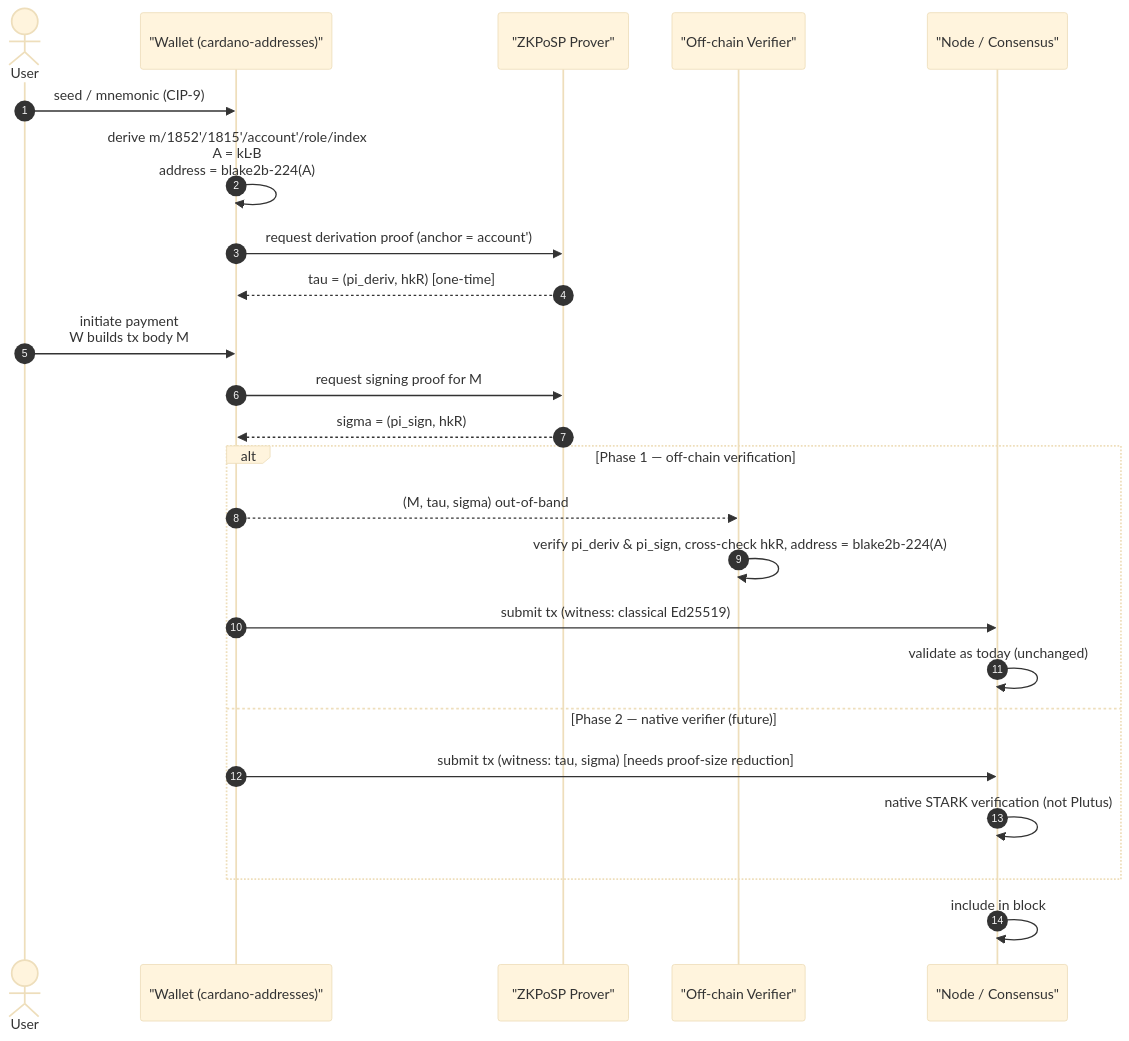
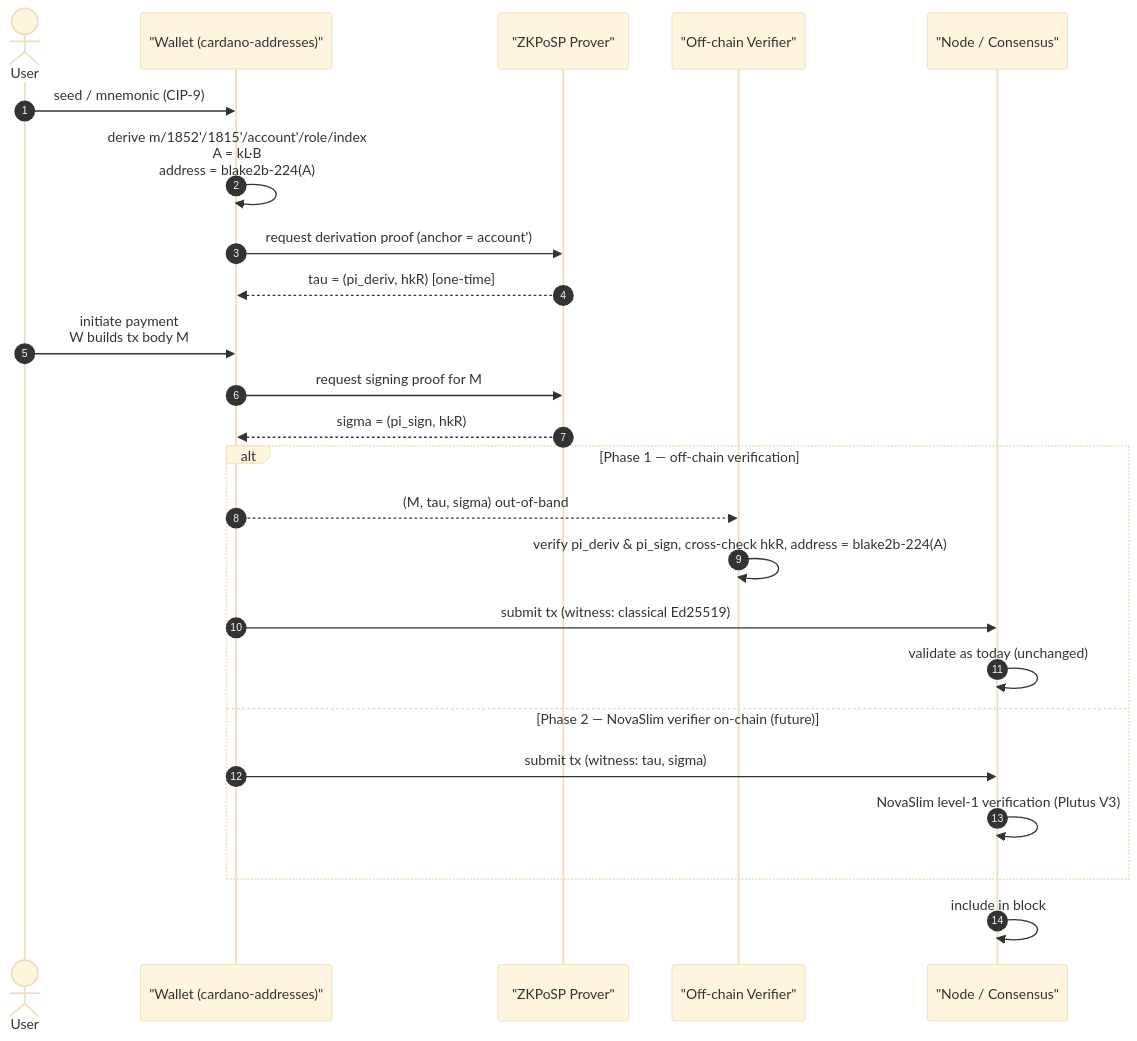
The diagram in CIP-0197/README.md (cardano-foundation/CIPs), drawn with Mermaid (base theme) before and after one commit. The commit also changed other lines of this file, not shown here.

````diff
--- a/CIP-0197/README.md
+++ b/CIP-0197/README.md
@@ -324,27 +360,27 @@
 ```mermaid
 sequenceDiagram
     autonumber
     actor U as User
     participant W as "Wallet (cardano-addresses)"
     participant P as "ZKPoSP Prover"
     participant V as "Off-chain Verifier"
     participant N as "Node / Consensus"
 
     U->>W: seed / mnemonic (CIP-9)
     W->>W: derive m/1852'/1815'/account'/role/index<br>A = kL·B<br>address = blake2b-224(A)
     W->>P: request derivation proof (anchor = account')
     P-->>W: tau = (pi_deriv, hkR)   [one-time]
     U->>W: initiate payment<br>W builds tx body M
     W->>P: request signing proof for M
     P-->>W: sigma = (pi_sign, hkR)
     alt Phase 1 — off-chain verification
         W-->>V: (M, tau, sigma) out-of-band
         V->>V: verify pi_deriv & pi_sign, cross-check hkR, address = blake2b-224(A)
         W->>N: submit tx (witness: classical Ed25519)
         N->>N: validate as today (unchanged)
-    else Phase 2 — native verifier (future)
-        W->>N: submit tx (witness: tau, sigma) [needs proof-size reduction]
-        N->>N: native STARK verification (not Plutus)
+    else Phase 2 — NovaSlim verifier on-chain (future)
+        W->>N: submit tx (witness: tau, sigma)
+        N->>N: NovaSlim level-1 verification (Plutus V3)
     end
     N->>N: include in block
 ```
````
